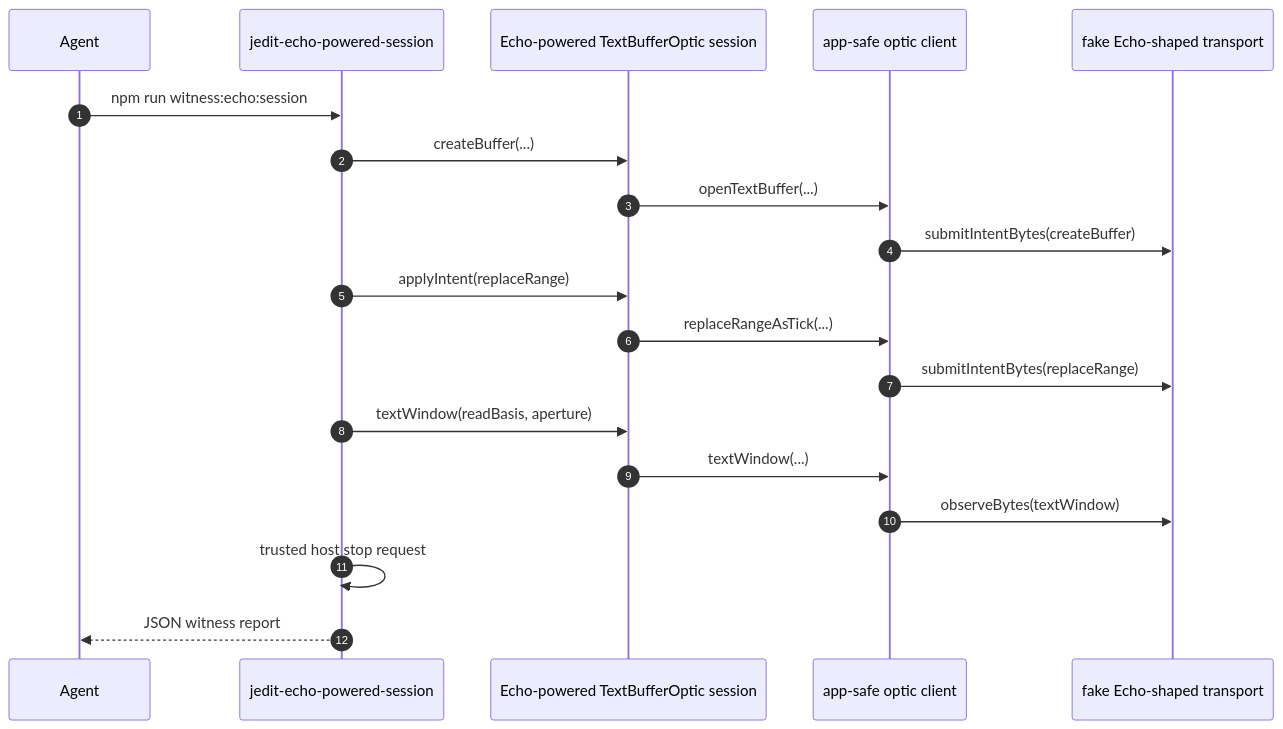
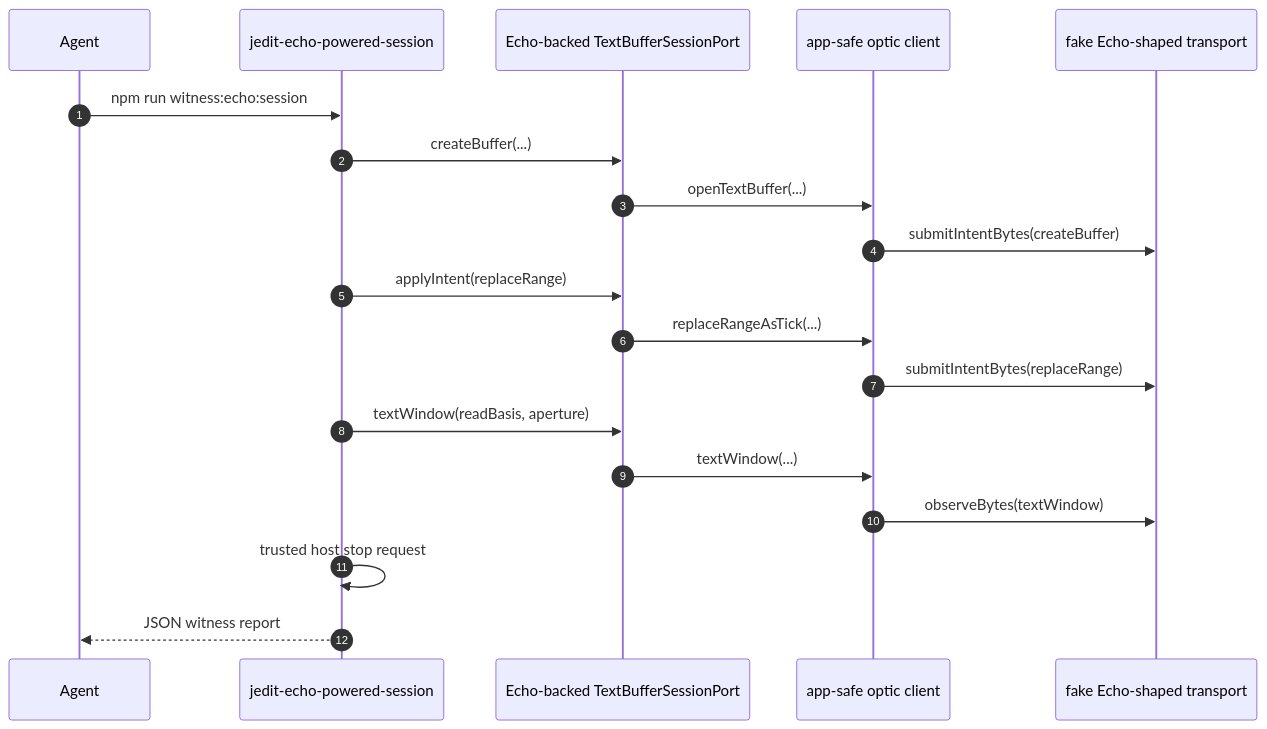
One commit to flyingrobots/jedit changed diagram 12 of 14 in docs/jedit-echo-end-to-end.md. Above: the diagram before and after it, drawn with Mermaid. The commit also changed other lines of this file and 21 other files, not shown here.

Commit message:
refactor(echo): put text buffer session behind port

````diff
--- a/docs/jedit-echo-end-to-end.md
+++ b/docs/jedit-echo-end-to-end.md
@@ -848,22 +853,22 @@
 ```mermaid
 sequenceDiagram
   autonumber
   participant Agent
   participant CLI as jedit-echo-powered-session
-  participant Session as Echo-powered TextBufferOptic session
+  participant Session as Echo-backed TextBufferSessionPort
   participant Client as app-safe optic client
   participant Transport as fake Echo-shaped transport
 
   Agent->>CLI: npm run witness:echo:session
   CLI->>Session: createBuffer(...)
   Session->>Client: openTextBuffer(...)
   Client->>Transport: submitIntentBytes(createBuffer)
   CLI->>Session: applyIntent(replaceRange)
   Session->>Client: replaceRangeAsTick(...)
   Client->>Transport: submitIntentBytes(replaceRange)
   CLI->>Session: textWindow(readBasis, aperture)
   Session->>Client: textWindow(...)
   Client->>Transport: observeBytes(textWindow)
   CLI->>CLI: trusted host stop request
   CLI-->>Agent: JSON witness report
 ```
````
